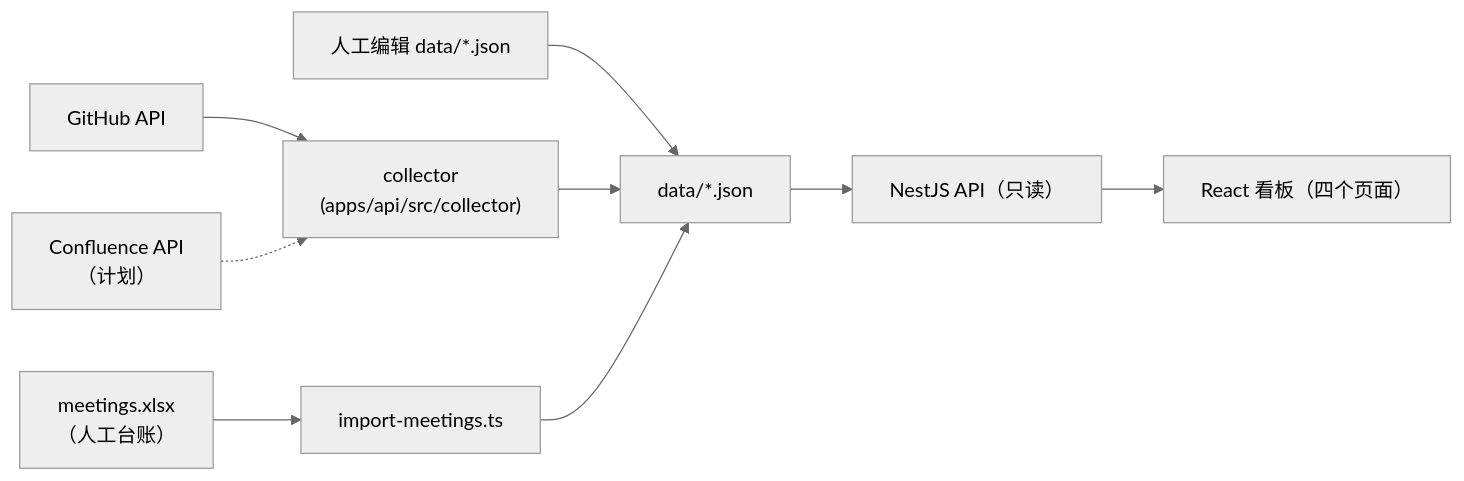
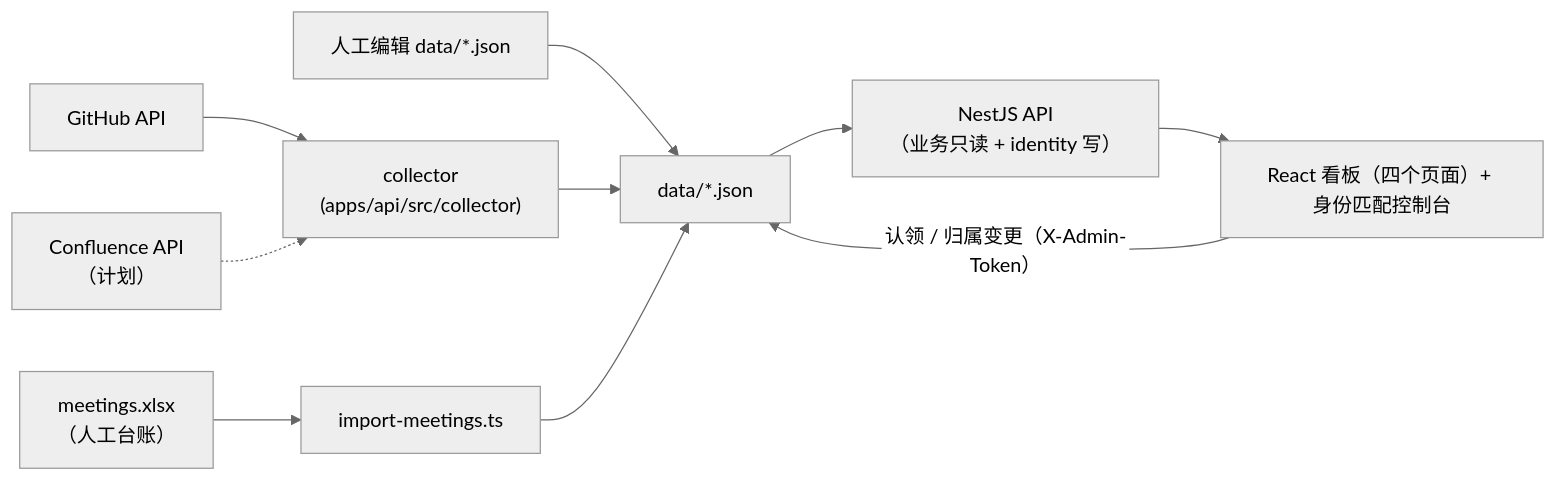
Before and after one commit to huang2001junjie-rgb/openan-operation-insights: the diagram in docs/08-data-catalog.md, drawn with Mermaid (neutral theme). The commit also changed other lines of this file and 56 other files, not shown here.

````diff
--- a/docs/08-data-catalog.md
+++ b/docs/08-data-catalog.md
@@ -15,11 +15,12 @@
 ```mermaid
 flowchart LR
   GH["GitHub API"] --> C["collector<br/>(apps/api/src/collector)"]
   CF["Confluence API<br/>（计划）"] -.-> C
   XL["meetings.xlsx<br/>（人工台账）"] --> MS["import-meetings.ts"]
   MAN["人工编辑 data/*.json"] --> D
   C --> D["data/*.json"]
   MS --> D
-  D --> API["NestJS API（只读）"]
-  API --> WEB["React 看板（四个页面）"]
+  D --> API["NestJS API<br/>（业务只读 + identity 写）"]
+  API --> WEB["React 看板（四个页面）+ 身份匹配控制台"]
+  WEB -->|"认领 / 归属变更（X-Admin-Token）"| D
 ```
````
